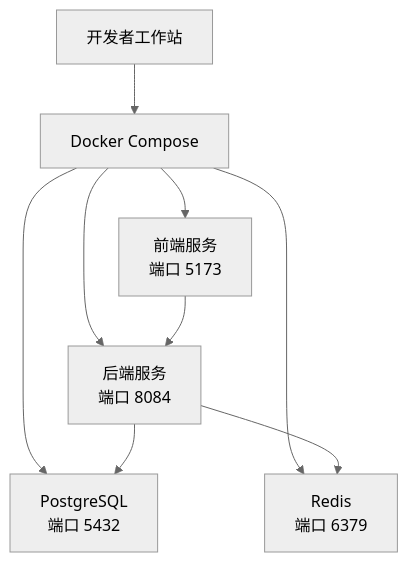
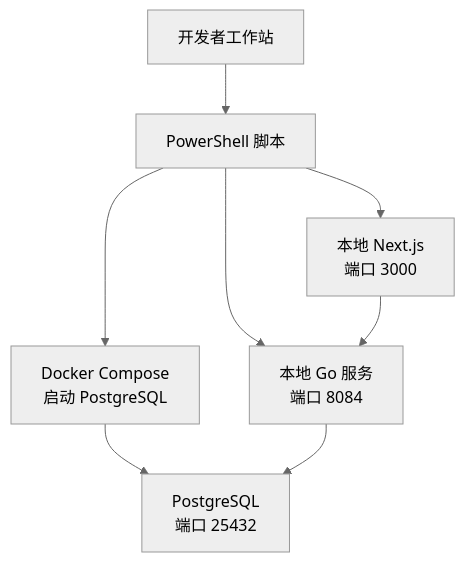
Before and after one commit to alvinwangzi/goodhr: the first of 7 diagrams in .qoder/repowiki/zh/content/开发指南/开发环境搭建.md, drawn with Mermaid (neutral theme). The commit also changed other lines of this file and 10 other files, not shown here.

````diff
--- a/.qoder/repowiki/zh/content/开发指南/开发环境搭建.md
+++ b/.qoder/repowiki/zh/content/开发指南/开发环境搭建.md
@@ -49,11 +62,10 @@
 ```mermaid
 graph TB
-A["开发者工作站"] --> B["Docker Compose"]
-B --> C["后端服务<br/>端口 8084"]
-B --> D["前端服务<br/>端口 5173"]
-B --> E["PostgreSQL<br/>端口 5432"]
-B --> F["Redis<br/>端口 6379"]
-C --> E
-C --> F
-D --> C
+A["开发者工作站"] --> B["PowerShell 脚本"]
+B --> C["Docker Compose<br/>启动 PostgreSQL"]
+B --> D["本地 Go 服务<br/>端口 8084"]
+B --> E["本地 Next.js<br/>端口 3000"]
+C --> F["PostgreSQL<br/>端口 25432"]
+D --> F
+E --> D
 ```
````
